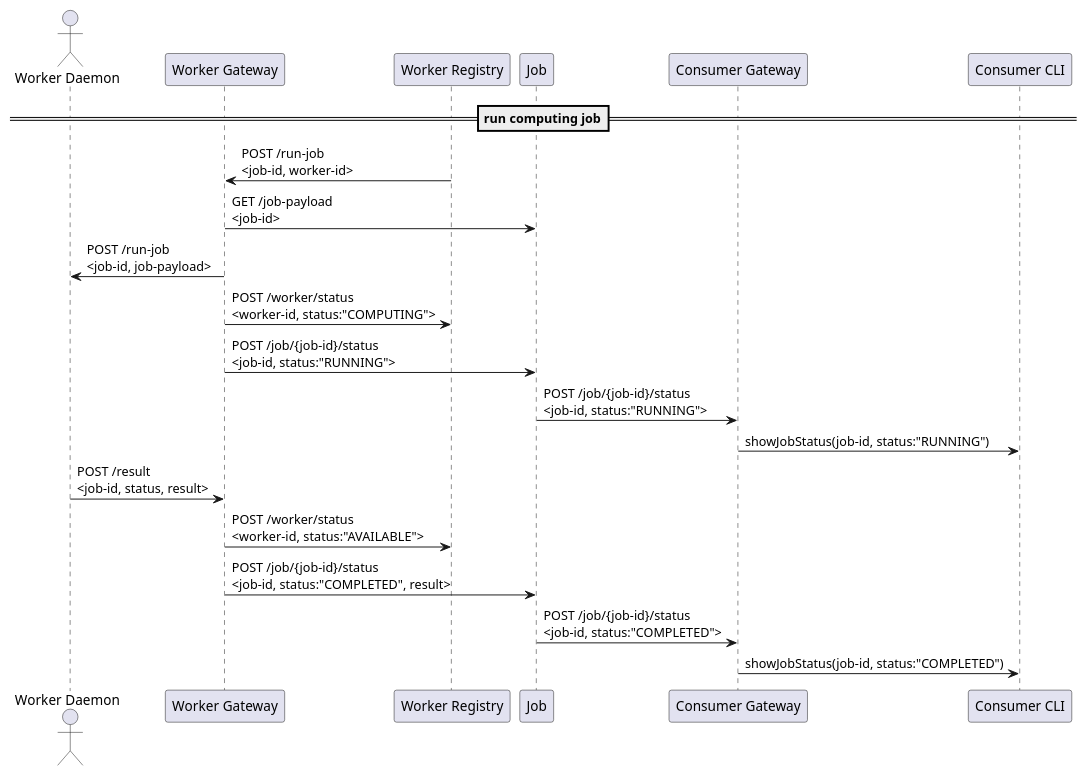
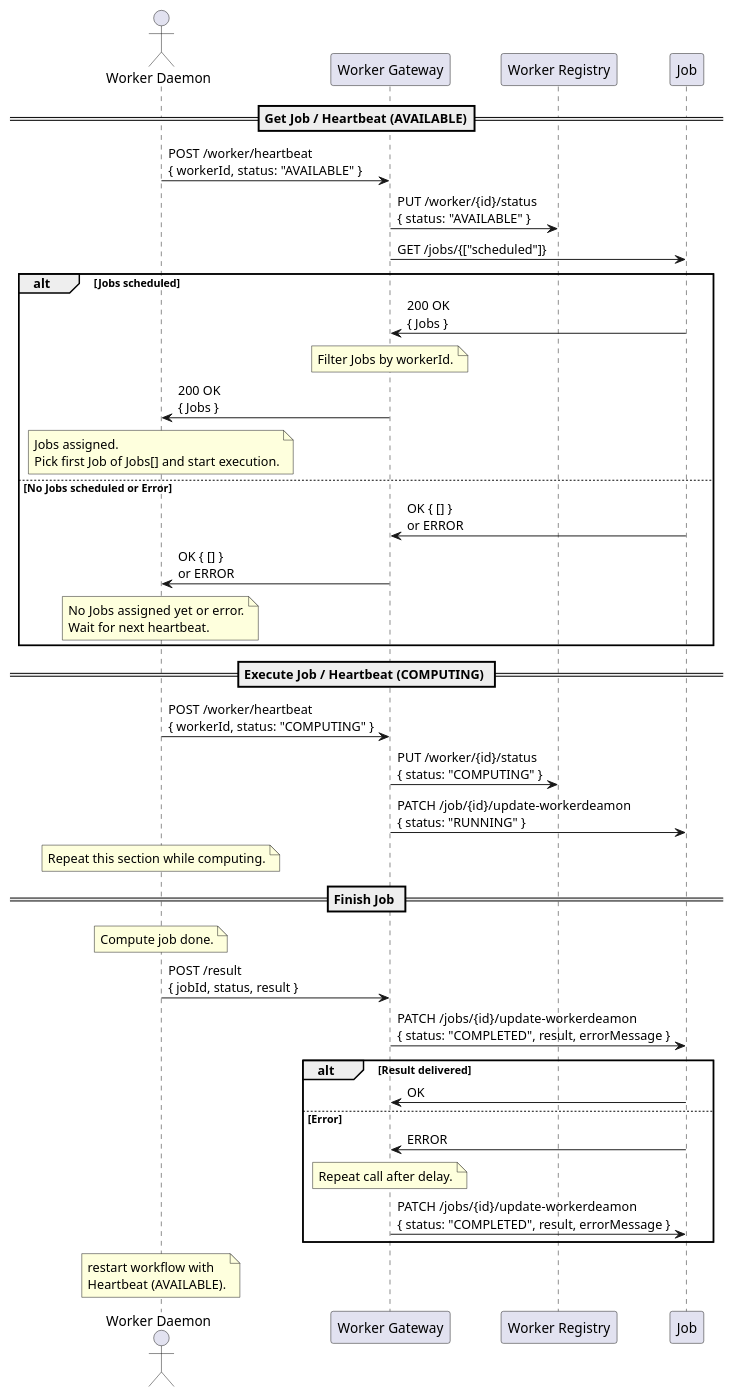
Before and after one commit to informatik-mannheim/cmg-ss2025: the diagram in docs/diagrams/run-compute-job.puml, drawn with PlantUML.

Commit message:
update run compute job uml (#20)

```diff
--- a/docs/diagrams/run-compute-job.puml
+++ b/docs/diagrams/run-compute-job.puml
@@ -1,23 +1,47 @@
 @startuml run-compute-job
-actor "Worker Daemon" as Worker_Daemon
-participant "Worker Gateway" as Worker_Gateway
-participant "Worker Registry" as Worker_Registry
-participant "Job" as Job
-participant "Consumer Gateway" as Consumer_Gateway
-participant "Consumer CLI" as Consumer_CLI
 
-==run computing job==
-Worker_Registry -> Worker_Gateway: POST /run-job\n<job-id, worker-id>
-Worker_Gateway -> Job: GET /job-payload\n<job-id>
-Worker_Gateway -> Worker_Daemon: POST /run-job\n<job-id, job-payload>
-Worker_Gateway -> Worker_Registry: POST /worker/status\n<worker-id, status:"COMPUTING">
-Worker_Gateway -> Job: POST /job/{job-id}/status\n<job-id, status:"RUNNING">
-Job -> Consumer_Gateway: POST /job/{job-id}/status\n<job-id, status:"RUNNING">
-Consumer_Gateway -> Consumer_CLI: showJobStatus(job-id, status:"RUNNING")
+actor "Worker Daemon" as wd
+participant "Worker Gateway" as wg
+participant "Worker Registry" as wr
+participant "Job" as j
 
-Worker_Daemon -> Worker_Gateway: POST /result\n<job-id, status, result>
-Worker_Gateway -> Worker_Registry: POST /worker/status\n<worker-id, status:"AVAILABLE">
-Worker_Gateway -> Job: POST /job/{job-id}/status\n<job-id, status:"COMPLETED", result>
-Job -> Consumer_Gateway: POST /job/{job-id}/status\n<job-id, status:"COMPLETED">
-Consumer_Gateway -> Consumer_CLI: showJobStatus(job-id, status:"COMPLETED")
+== Get Job / Heartbeat (AVAILABLE)==
+
+wd -> wg : POST /worker/heartbeat \n{ workerId, status: "AVAILABLE" } 
+wg -> wr : PUT /worker/{id}/status\n{ status: "AVAILABLE" }
+wg -> j  : GET /jobs/{["scheduled"]}
+alt Jobs scheduled
+    j -> wg : 200 OK\n{ Jobs }
+        note over wg: Filter Jobs by workerId.
+    wg -> wd : 200 OK\n{ Jobs }
+    note over wd: Jobs assigned.\nPick first Job of Jobs[] and start execution.
+
+else No Jobs scheduled or Error
+    j -> wg : OK { [] }\nor ERROR
+    wg -> wd : OK { [] }\nor ERROR
+    note over wd: No Jobs assigned yet or error.\nWait for next heartbeat.
+    
+end
+
+== Execute Job / Heartbeat (COMPUTING) ==
+
+wd -> wg : POST /worker/heartbeat \n{ workerId, status: "COMPUTING" }
+wg -> wr : PUT /worker/{id}/status\n{ status: "COMPUTING" }
+wg -> j  : PATCH /job/{id}/update-workerdeamon\n{ status: "RUNNING" }
+    note over wd: Repeat this section while computing.
+
+== Finish Job ==
+    note over wd: Compute job done.
+wd -> wg : POST /result\n{ jobId, status, result }
+wg -> j  : PATCH /jobs/{id}/update-workerdeamon\n{ status: "COMPLETED", result, errorMessage }
+alt Result delivered
+    j -> wg : OK
+else Error
+    j -> wg : ERROR
+        note over wg: Repeat call after delay.
+    wg -> j  : PATCH /jobs/{id}/update-workerdeamon\n{ status: "COMPLETED", result, errorMessage }
+end
+
+    note over wd: restart workflow with \nHeartbeat (AVAILABLE).
+
 @enduml
```
